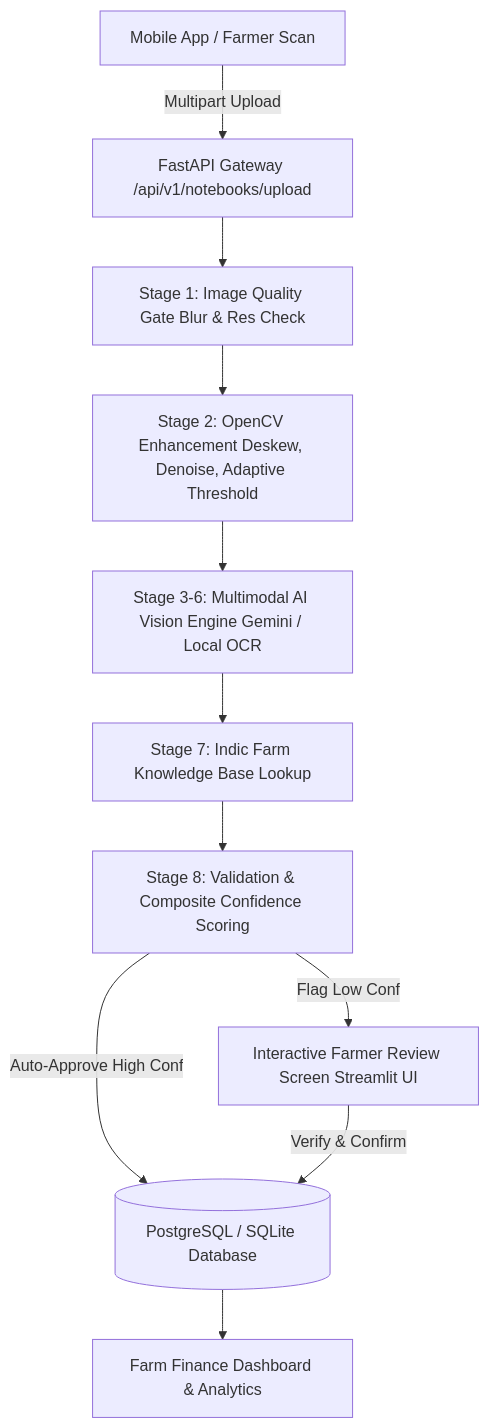
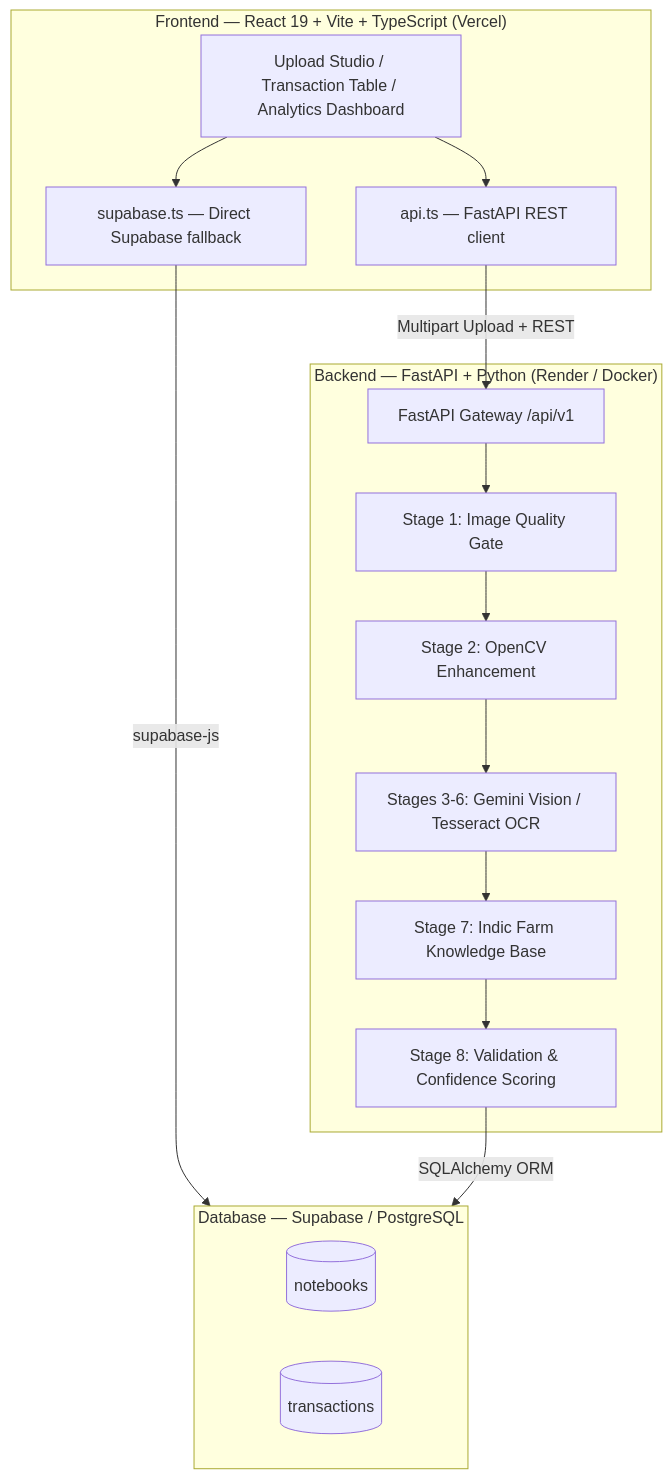
One commit to The-Harsh-Vardhan/Finance-OCR changed the diagram in README.md. Above: the diagram before and after it, drawn with Mermaid. The commit also changed other lines of this file and 3 other files, not shown here.

Commit message:
feat: implement pipeline visualization and upload studio components in frontend

````diff
--- a/README.md
+++ b/README.md
@@ -26,13 +32,29 @@
 ```mermaid
 flowchart TD
-    A[Mobile App / Farmer Scan] -->|Multipart Upload| B[FastAPI Gateway /api/v1/notebooks/upload]
-    B --> C[Stage 1: Image Quality Gate Blur & Res Check]
-    C --> D[Stage 2: OpenCV Enhancement Deskew, Denoise, Adaptive Threshold]
-    D --> E[Stage 3-6: Multimodal AI Vision Engine Gemini / Local OCR]
-    E --> F[Stage 7: Indic Farm Knowledge Base Lookup]
-    F --> G[Stage 8: Validation & Composite Confidence Scoring]
-    G -->|Auto-Approve High Conf| H[(PostgreSQL / SQLite Database)]
-    G -->|Flag Low Conf| I[Interactive Farmer Review Screen Streamlit UI]
-    I -->|Verify & Confirm| H
-    H --> J[Farm Finance Dashboard & Analytics]
+    subgraph Frontend ["Frontend — React 19 + Vite + TypeScript (Vercel)"]
+        UI[Upload Studio / Transaction Table / Analytics Dashboard]
+        API_TS[api.ts — FastAPI REST client]
+        SB_TS[supabase.ts — Direct Supabase fallback]
+        UI --> API_TS
+        UI --> SB_TS
+    end
+
+    subgraph Backend ["Backend — FastAPI + Python (Render / Docker)"]
+        GW[FastAPI Gateway /api/v1]
+        P1[Stage 1: Image Quality Gate]
+        P2[Stage 2: OpenCV Enhancement]
+        P3[Stages 3-6: Gemini Vision / Tesseract OCR]
+        P4[Stage 7: Indic Farm Knowledge Base]
+        P5[Stage 8: Validation & Confidence Scoring]
+        GW --> P1 --> P2 --> P3 --> P4 --> P5
+    end
+
+    subgraph DB ["Database — Supabase / PostgreSQL"]
+        NB[(notebooks)]
+        TX[(transactions)]
+    end
+
+    API_TS -->|Multipart Upload + REST| GW
+    SB_TS -->|supabase-js| DB
+    P5 -->|SQLAlchemy ORM| DB
 ```
````
